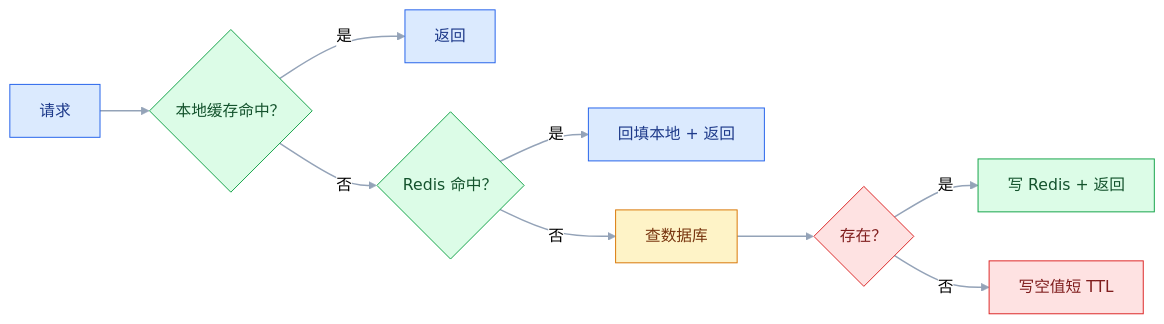
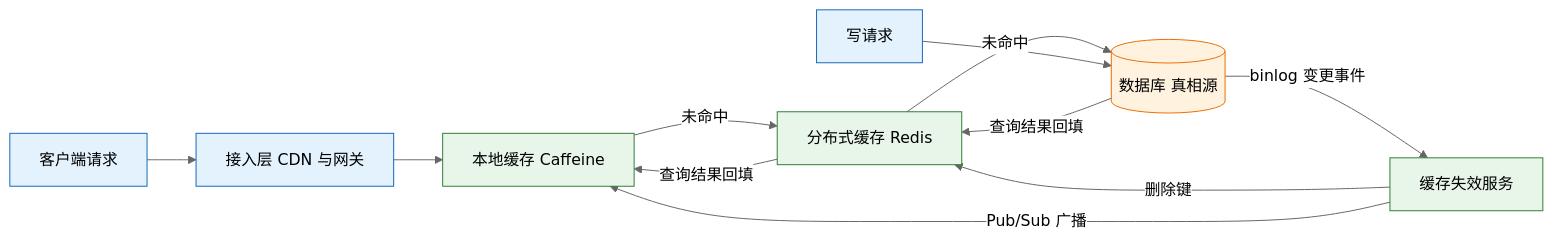
One commit to jimbosuper/studynotes changed the first of 3 diagrams in blog/src/notes/03-架构/04-容量与高可用/02-缓存与数据扩展.md. Above: the diagram before and after it, drawn with Mermaid (neutral theme). The commit also changed other lines of this file and 367 other files, not shown here.

````diff
--- a/blog/src/notes/03-架构/04-容量与高可用/02-缓存与数据扩展.md
+++ b/blog/src/notes/03-架构/04-容量与高可用/02-缓存与数据扩展.md
@@ -19,17 +44,19 @@
 ```mermaid
 flowchart LR
-    classDef app fill:#DBEAFE,stroke:#2563EB,color:#1E3A8A
-    classDef cache fill:#DCFCE7,stroke:#16A34A,color:#14532D
-    classDef db fill:#FEF3C7,stroke:#D97706,color:#78350F
-    classDef miss fill:#FEE2E2,stroke:#DC2626,color:#7F1D1D
-
-    A["请求"]:::app --> B{"本地缓存命中？"}:::cache
-    B -->|"是"| C["返回"]:::app
-    B -->|"否"| D{"Redis 命中？"}:::cache
-    D -->|"是"| E["回填本地 + 返回"]:::app
-    D -->|"否"| F["查数据库"]:::db
-    F --> G{"存在？"}:::miss
-    G -->|"是"| H["写 Redis + 返回"]:::cache
-    G -->|"否"| I["写空值短 TTL"]:::miss
-    linkStyle default stroke:#94A3B8,stroke-width:1.5px
+    C["客户端请求"] --> E["接入层 CDN 与网关"]
+    E --> L["本地缓存 Caffeine"]
+    L -->|"未命中"| R["分布式缓存 Redis"]
+    R -->|"未命中"| D[("数据库 真相源")]
+    D -->|"查询结果回填"| R
+    R -->|"查询结果回填"| L
+    W["写请求"] --> D
+    D -->|"binlog 变更事件"| I["缓存失效服务"]
+    I -->|"删除键"| R
+    I -->|"Pub/Sub 广播"| L
+    classDef client fill:#e3f2fd,stroke:#1565c0;
+    classDef engine fill:#e8f5e9,stroke:#2e7d32;
+    classDef image fill:#fff3e0,stroke:#ef6c00;
+    class C,E,W client
+    class L,R,I engine
+    class D image
 ```
````
